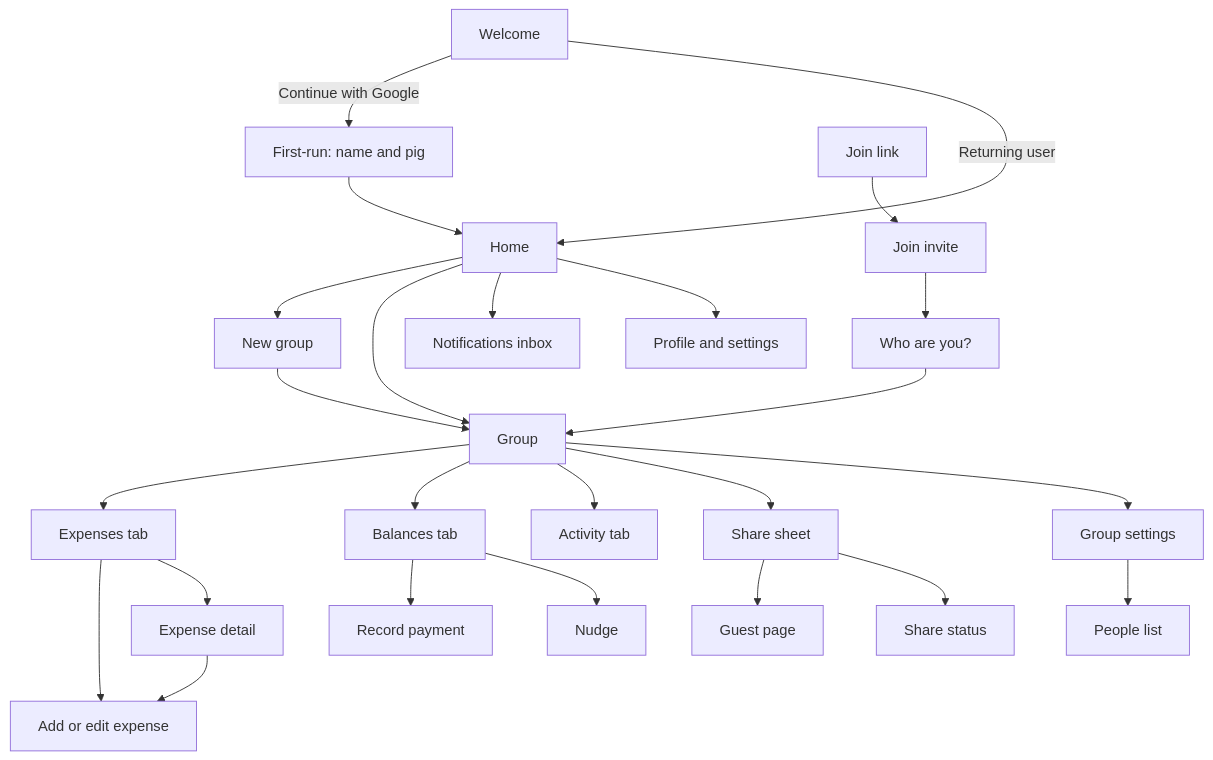
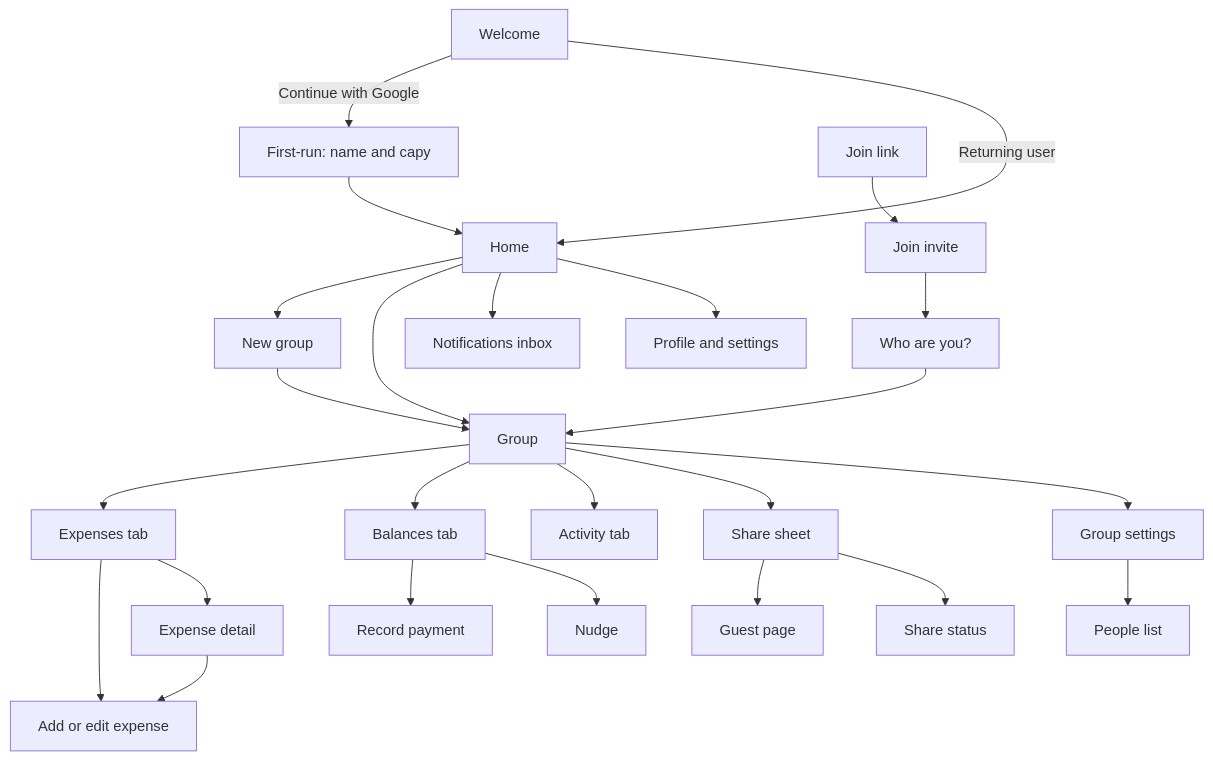
Before and after one commit to dunuthari/Divvy: the first of 4 diagrams in user-flows.md, drawn with Mermaid. The commit also changed other lines of this file and 54 other files, not shown here.

````diff
--- a/user-flows.md
+++ b/user-flows.md
@@ -634,27 +634,27 @@
 ```mermaid
 flowchart TD
-    W["Welcome"] -->|"Continue with Google"| FR["First-run: name and pig"]
+    W["Welcome"] -->|"Continue with Google"| FR["First-run: name and capy"]
     W -->|"Returning user"| H["Home"]
     FR --> H
     H --> NG["New group"]
     NG --> G["Group"]
     H --> G
     H --> INB["Notifications inbox"]
     H --> PR["Profile and settings"]
     G --> EX["Expenses tab"]
     G --> BA["Balances tab"]
     G --> AC["Activity tab"]
     G --> SH["Share sheet"]
     G --> ST["Group settings"]
     EX --> ADD["Add or edit expense"]
     EX --> DET["Expense detail"]
     DET --> ADD
     BA --> REC["Record payment"]
     BA --> NUD["Nudge"]
     ST --> PPL["People list"]
     SH --> GV["Guest page"]
     SH --> STAT["Share status"]
     LINK["Join link"] --> JOIN["Join invite"]
     JOIN --> WHO["Who are you?"]
     WHO --> G
 ```
````
